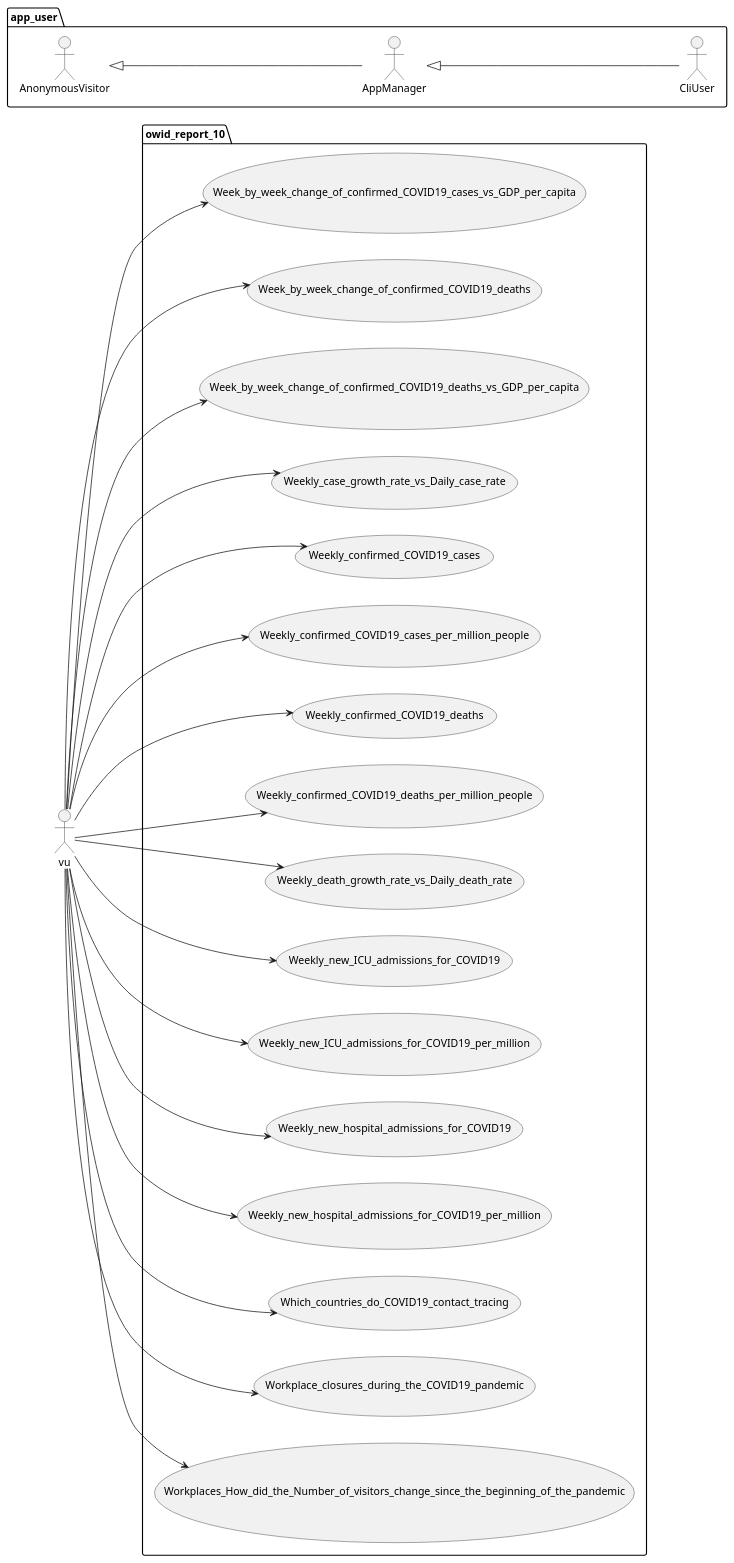
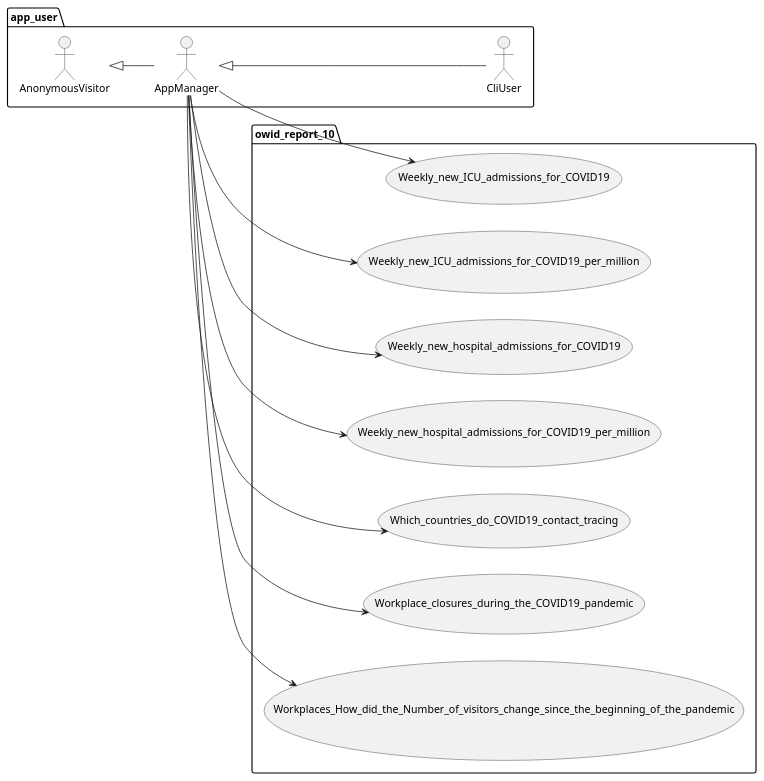
Before and after one commit to thomaswoehlke/flask_covid19: the diagram in docs/uml/data_owid__use_cases__visual_data/owid_use_cases_visual_data_10.puml, drawn with PlantUML. The commit also changed 3 other files, not shown here.

```diff
--- a/docs/uml/data_owid__use_cases__visual_data/owid_use_cases_visual_data_10.puml
+++ b/docs/uml/data_owid__use_cases__visual_data/owid_use_cases_visual_data_10.puml
@@ -1,47 +1,29 @@
 @startuml
 left to right direction
 
 package app_user {
 	actor AnonymousVisitor as av
 	actor AppManager as am
 	actor CliUser as cu
 
 	av <|-- am
 	am <|-- cu
 }
 
 package owid_report_10 {
-    usecase Week_by_week_change_of_confirmed_COVID19_cases_vs_GDP_per_capita as UC341
-    usecase Week_by_week_change_of_confirmed_COVID19_deaths as UC342
-    usecase Week_by_week_change_of_confirmed_COVID19_deaths_vs_GDP_per_capita as UC343
-    usecase Weekly_case_growth_rate_vs_Daily_case_rate as UC344
-    usecase Weekly_confirmed_COVID19_cases as UC345
-    usecase Weekly_confirmed_COVID19_cases_per_million_people as UC346
-    usecase Weekly_confirmed_COVID19_deaths as UC347
-    usecase Weekly_confirmed_COVID19_deaths_per_million_people as UC348
-    usecase Weekly_death_growth_rate_vs_Daily_death_rate as UC349
     usecase Weekly_new_ICU_admissions_for_COVID19 as UC350
     usecase Weekly_new_ICU_admissions_for_COVID19_per_million as UC351
     usecase Weekly_new_hospital_admissions_for_COVID19 as UC352
     usecase Weekly_new_hospital_admissions_for_COVID19_per_million as UC353
     usecase Which_countries_do_COVID19_contact_tracing as UC354
     usecase Workplace_closures_during_the_COVID19_pandemic as UC355
     usecase Workplaces_How_did_the_Number_of_visitors_change_since_the_beginning_of_the_pandemic as UC356
 }
-vu --> UC341
-vu --> UC342
-vu --> UC343
-vu --> UC344
-vu --> UC345
-vu --> UC346
-vu --> UC347
-vu --> UC348
-vu --> UC349
-vu --> UC350
-vu --> UC351
-vu --> UC352
-vu --> UC353
-vu --> UC354
-vu --> UC355
-vu --> UC356
+am --> UC350
+am --> UC351
+am --> UC352
+am --> UC353
+am --> UC354
+am --> UC355
+am --> UC356
 @enduml
```
